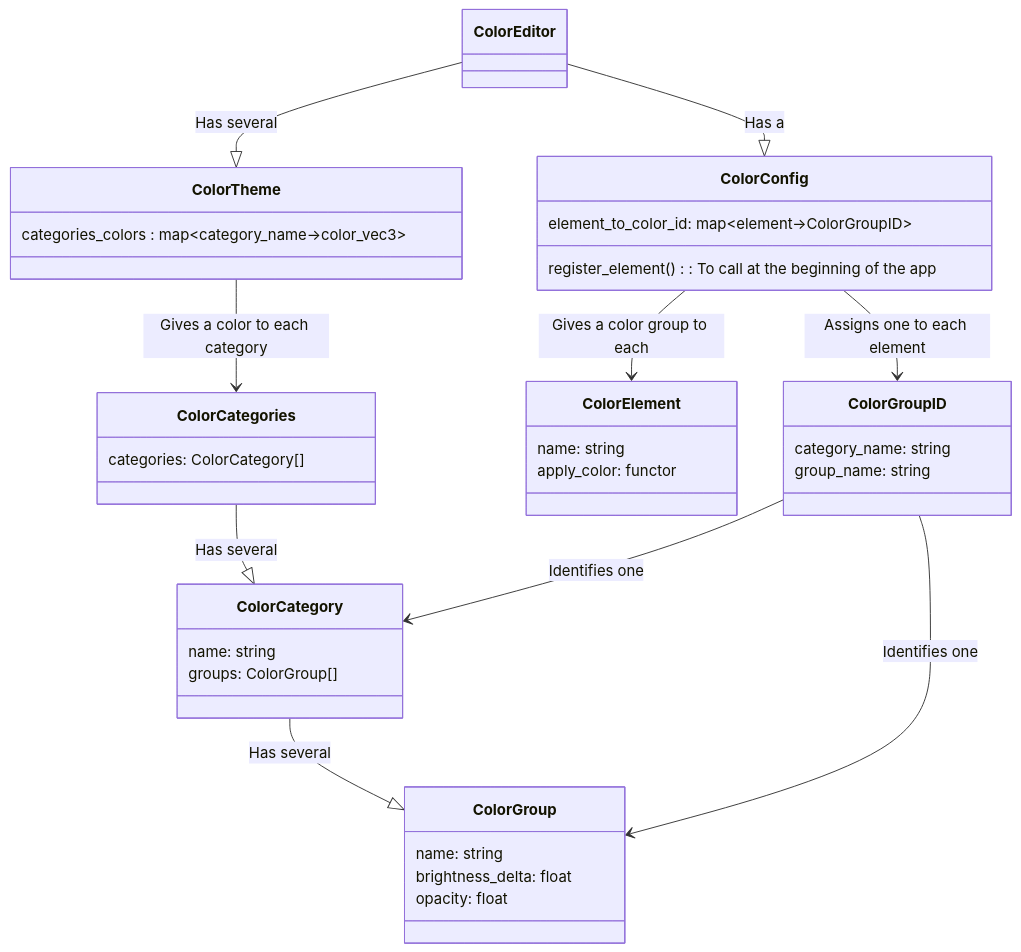
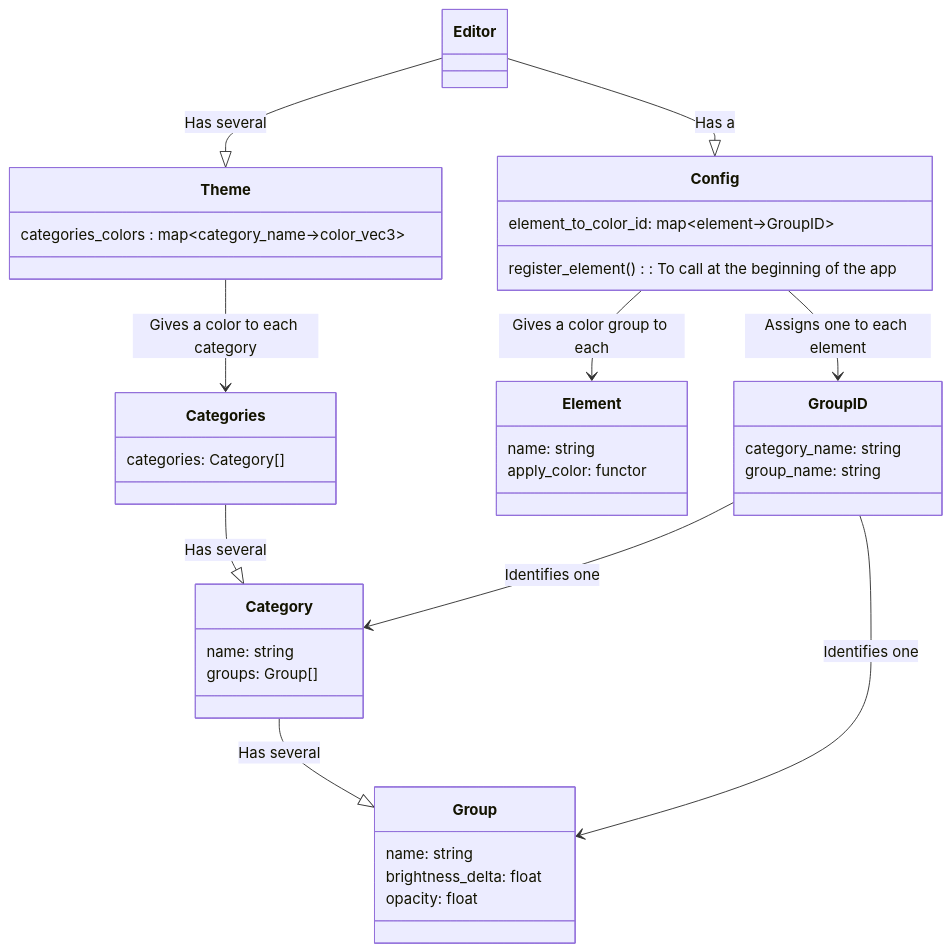
The diagram in README_DEV.md (CoolLibs/ImGui_StyleEditor), drawn with Mermaid before and after one commit. The commit also changed other lines of this file and 15 other files, not shown here.

````diff
--- a/README_DEV.md
+++ b/README_DEV.md
@@ -11,39 +11,39 @@
 ```mermaid
 classDiagram
-    ColorEditor --|> ColorConfig: Has a
-    ColorEditor --|> ColorTheme: Has several
-    ColorCategories --|> ColorCategory : Has several
-    ColorCategory --|> ColorGroup : Has several
-    ColorConfig --> ColorElement : Gives a color group to each
-    ColorConfig --> ColorGroupID : Assigns one to each element
-    ColorTheme --> ColorCategories : Gives a color to each category
-    ColorGroupID --> ColorCategory : Identifies one
-    ColorGroupID --> ColorGroup : Identifies one
-    class ColorConfig{
-        element_to_color_id: map&ltelement->ColorGroupID&gt
+    Editor --|> Config: Has a
+    Editor --|> Theme: Has several
+    Categories --|> Category : Has several
+    Category --|> Group : Has several
+    Config --> Element : Gives a color group to each
+    Config --> GroupID : Assigns one to each element
+    Theme --> Categories : Gives a color to each category
+    GroupID --> Category : Identifies one
+    GroupID --> Group : Identifies one
+    class Config{
+        element_to_color_id: map&ltelement->GroupID&gt
         register_element(): To call at the beginning of the app
     }
-    class ColorTheme{
+    class Theme{
         categories_colors : map&ltcategory_name->color_vec3&gt
     }
-    class ColorCategories{
-        categories: ColorCategory[]
+    class Categories{
+        categories: Category[]
     }
-    class ColorCategory{
+    class Category{
         name: string
-        groups: ColorGroup[]
+        groups: Group[]
     }
-    class ColorGroup{
+    class Group{
         name: string
         brightness_delta: float
         opacity: float
     }
-    class ColorElement{
+    class Element{
         name: string
         apply_color: functor
     }
-    class ColorGroupID{
+    class GroupID{
         category_name: string
         group_name: string
     }
 ```
````
